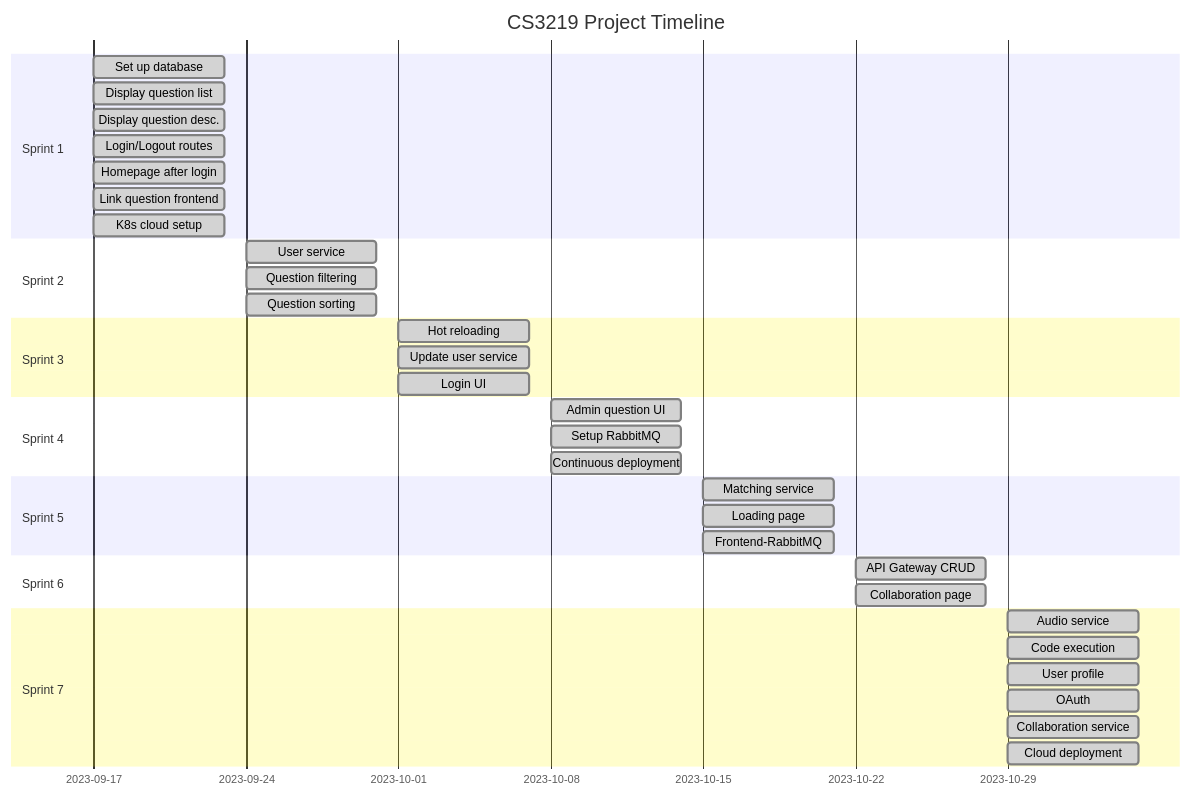
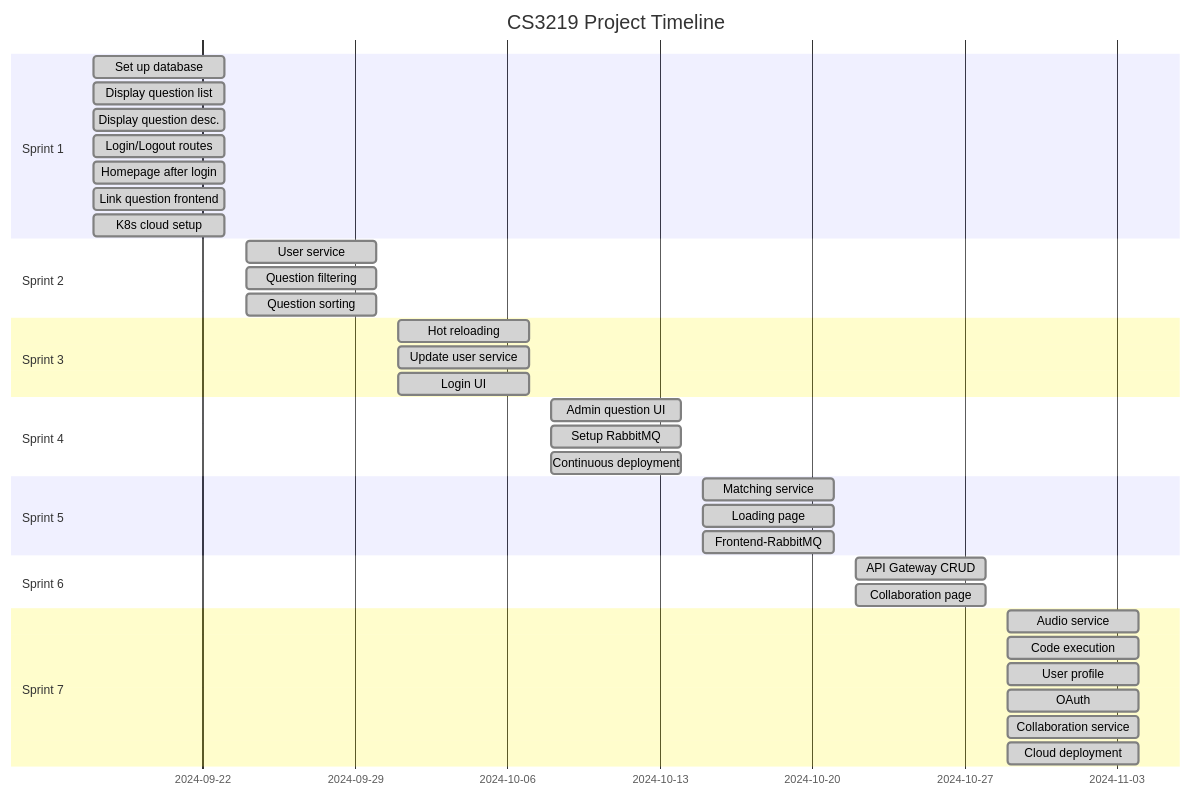
Before and after one commit to CS3219-AY2425S1/nus-cs3219-ay2425s1-cs3219-ay2425s1-project-project-template: the diagram in docs/project-management/gantt-chart.mmd, drawn with Mermaid.

Commit message:
Update gantt chart

```diff
--- a/docs/project-management/gantt-chart.mmd
+++ b/docs/project-management/gantt-chart.mmd
@@ -1,45 +1,45 @@
 gantt
     dateFormat  YYYY-MM-DD
     title CS3219 Project Timeline
     axisFormat %Y-%m-%d
     
     section Sprint 1
-    Set up database                :done, s1t1, 2023-09-17, 2023-09-23
-    Display question list          :done, s1t2, 2023-09-17, 2023-09-23
-    Display question desc.         :done, s1t3, 2023-09-17, 2023-09-23
-    Login/Logout routes            :done, s1t4, 2023-09-17, 2023-09-23
-    Homepage after login           :done, s1t5, 2023-09-17, 2023-09-23
-    Link question frontend         :done, s1t6, 2023-09-17, 2023-09-23
-    K8s cloud setup                :done, s1t7, 2023-09-17, 2023-09-23
+    Set up database                :done, s1t1, 2024-09-17, 2024-09-23
+    Display question list          :done, s1t2, 2024-09-17, 2024-09-23
+    Display question desc.         :done, s1t3, 2024-09-17, 2024-09-23
+    Login/Logout routes            :done, s1t4, 2024-09-17, 2024-09-23
+    Homepage after login           :done, s1t5, 2024-09-17, 2024-09-23
+    Link question frontend         :done, s1t6, 2024-09-17, 2024-09-23
+    K8s cloud setup                :done, s1t7, 2024-09-17, 2024-09-23
 
     section Sprint 2
-    User service                :done, s1t7, 2023-09-24, 2023-09-30
-    Question filtering           :done, s3t1, 2023-09-24, 2023-09-30
-    Question sorting            :done, s3t2, 2023-09-24, 2023-09-30
+    User service                :done, s1t7, 2024-09-24, 2024-09-30
+    Question filtering           :done, s3t1, 2024-09-24, 2024-09-30
+    Question sorting            :done, s3t2, 2024-09-24, 2024-09-30
     
     section Sprint 3
-    Hot reloading              :done, s3t3, 2023-10-01, 2023-10-07
-    Update user service        :done, s3t4, 2023-10-01, 2023-10-07
-    Login UI                   :done, s3t5, 2023-10-01, 2023-10-07
+    Hot reloading              :done, s3t3, 2024-10-01, 2024-10-07
+    Update user service        :done, s3t4, 2024-10-01, 2024-10-07
+    Login UI                   :done, s3t5, 2024-10-01, 2024-10-07
 
     section Sprint 4
-    Admin question UI          :done, s4t1, 2023-10-08, 2023-10-14
-    Setup RabbitMQ            :done, s4t2, 2023-10-08, 2023-10-14
-    Continuous deployment            :done, s4t3, 2023-10-08, 2023-10-14
+    Admin question UI          :done, s4t1, 2024-10-08, 2024-10-14
+    Setup RabbitMQ            :done, s4t2, 2024-10-08, 2024-10-14
+    Continuous deployment            :done, s4t3, 2024-10-08, 2024-10-14
 
     section Sprint 5
-    Matching service          :done, s5t2, 2023-10-15, 2023-10-21
-    Loading page             :done, s5t3, 2023-10-15, 2023-10-21
-    Frontend-RabbitMQ        :done, s5t4, 2023-10-15, 2023-10-21
+    Matching service          :done, s5t2, 2024-10-15, 2024-10-21
+    Loading page             :done, s5t3, 2024-10-15, 2024-10-21
+    Frontend-RabbitMQ        :done, s5t4, 2024-10-15, 2024-10-21
 
     section Sprint 6
-    API Gateway CRUD         :done, s6t1, 2023-10-22, 2023-10-28
-    Collaboration page         :done, s6t1, 2023-10-22, 2023-10-28
+    API Gateway CRUD         :done, s6t1, 2024-10-22, 2024-10-28
+    Collaboration page         :done, s6t1, 2024-10-22, 2024-10-28
     
     section Sprint 7
-    Audio service            :done, s7t1, 2023-10-29, 2023-11-04
-    Code execution         :done, s7t2, 2023-10-29, 2023-11-04
-    User profile          :done, s7t3, 2023-10-29, 2023-11-04
-    OAuth                 :done, s7t4, 2023-10-29, 2023-11-04
-    Collaboration service        :done, s7t5, 2023-10-29, 2023-11-04
-    Cloud deployment     :done, s7t6, 2023-10-29, 2023-11-04
+    Audio service            :done, s7t1, 2024-10-29, 2024-11-04
+    Code execution         :done, s7t2, 2024-10-29, 2024-11-04
+    User profile          :done, s7t3, 2024-10-29, 2024-11-04
+    OAuth                 :done, s7t4, 2024-10-29, 2024-11-04
+    Collaboration service        :done, s7t5, 2024-10-29, 2024-11-04
+    Cloud deployment     :done, s7t6, 2024-10-29, 2024-11-04
```
